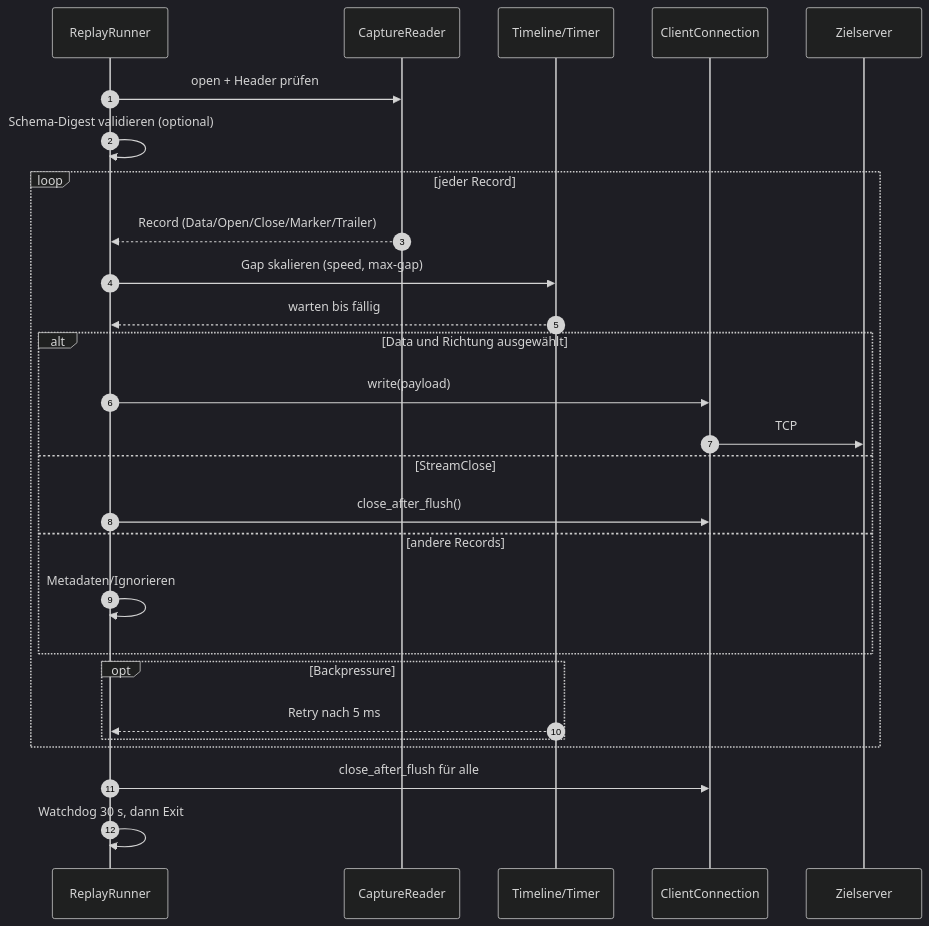
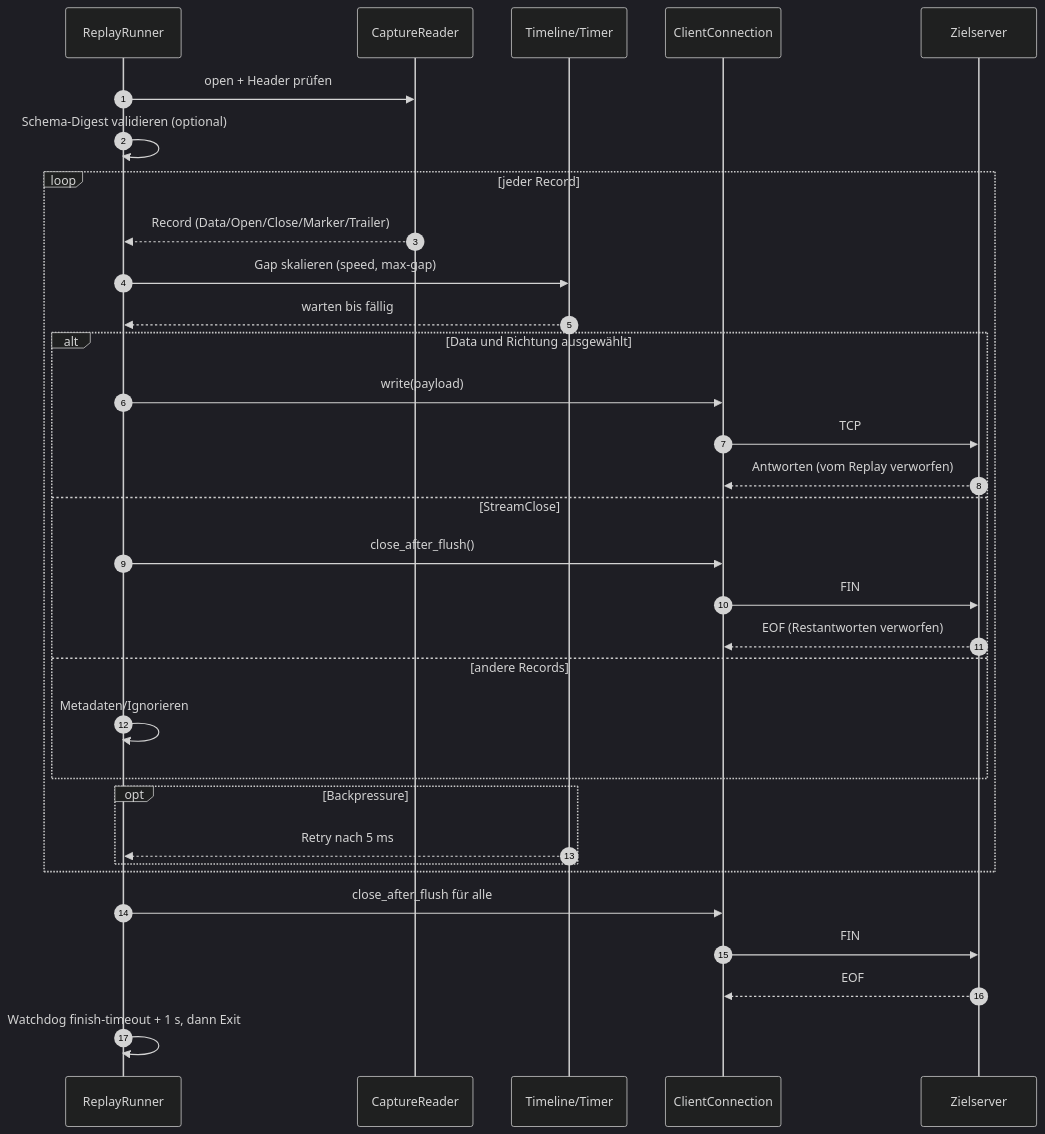
Before and after one commit to chriswit68/protorecprep: diagram 12 of 17 in doc/software-design.md, drawn with Mermaid (dark theme). The commit also changed other lines of this file and 10 other files, not shown here.

````diff
--- a/doc/software-design.md
+++ b/doc/software-design.md
@@ -1097,30 +1110,35 @@
 ```mermaid
 sequenceDiagram
   autonumber
   participant RR as ReplayRunner
   participant CR as CaptureReader
   participant TM as Timeline/Timer
   participant CC as ClientConnection
   participant T as Zielserver
 
   RR->>CR: open + Header prüfen
   RR->>RR: Schema-Digest validieren (optional)
   loop jeder Record
     CR-->>RR: Record (Data/Open/Close/Marker/Trailer)
     RR->>TM: Gap skalieren (speed, max-gap)
     TM-->>RR: warten bis fällig
     alt Data und Richtung ausgewählt
       RR->>CC: write(payload)
       CC->>T: TCP
+      T-->>CC: Antworten (vom Replay verworfen)
     else StreamClose
       RR->>CC: close_after_flush()
+      CC->>T: FIN
+      T-->>CC: EOF (Restantworten verworfen)
     else andere Records
       RR->>RR: Metadaten/Ignorieren
     end
     opt Backpressure
       TM-->>RR: Retry nach 5 ms
     end
   end
   RR->>CC: close_after_flush für alle
-  RR->>RR: Watchdog 30 s, dann Exit
+  CC->>T: FIN
+  T-->>CC: EOF
+  RR->>RR: Watchdog finish-timeout + 1 s, dann Exit
 ```
````
